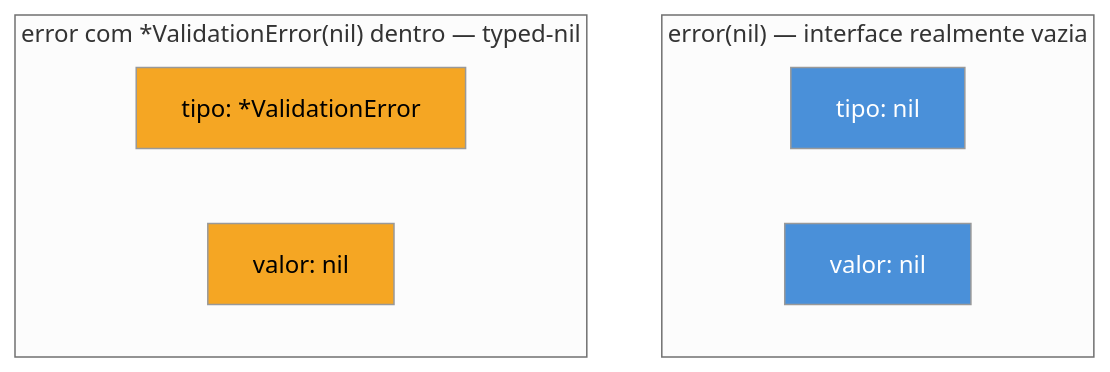
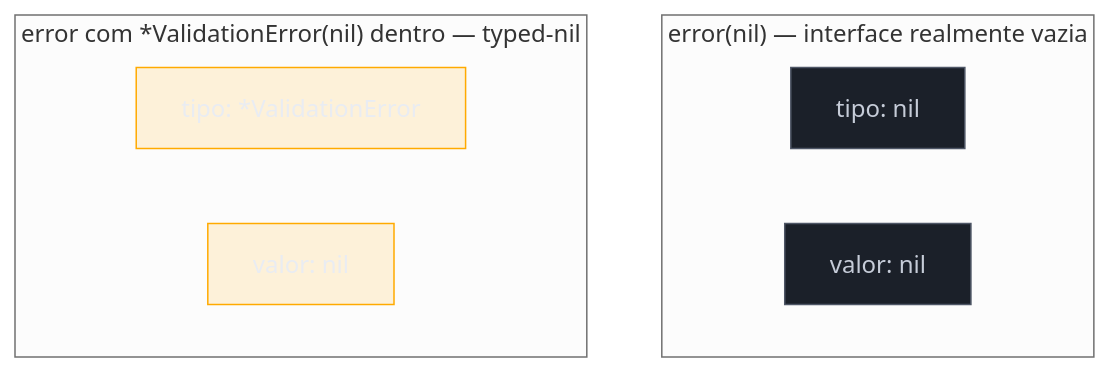
Before and after one commit to josenaldo/codex-technomanticus: the first of 2 diagrams in 03-Dominios/Tecnologia/Go/03 - Interfaces e composição/07 - O nil interface e o typed-nil.md, drawn with Mermaid (neutral theme). The commit also changed 1181 other files, not shown here.

First line of the commit message:
fix(diagramas): paleta do sistema no lugar de cor cravada no markdown

````diff
--- a/03-Dominios/Tecnologia/Go/03 - Interfaces e composição/07 - O nil interface e o typed-nil.md
+++ b/03-Dominios/Tecnologia/Go/03 - Interfaces e composição/07 - O nil interface e o typed-nil.md
@@ -71,19 +71,21 @@
 ```mermaid
 flowchart TB
+    classDef neutro fill:#1B2029,stroke:#4E5666,color:#C6CCD8
+    classDef destaque fill:#FFAA0024,stroke:#FFAA00,color:#E9ECF2
     subgraph NilLiteral["error(nil) — interface realmente vazia"]
         direction LR
         T1["tipo: nil"]
         V1["valor: nil"]
     end
 
     subgraph TypedNil["error com *ValidationError(nil) dentro — typed-nil"]
         direction LR
         T2["tipo: *ValidationError"]
         V2["valor: nil"]
     end
 
-    style T1 fill:#4A90D9,color:#fff
-    style V1 fill:#4A90D9,color:#fff
-    style T2 fill:#F5A623,color:#000
-    style V2 fill:#F5A623,color:#000
+    class T1 neutro
+    class V1 neutro
+    class T2 destaque
+    class V2 destaque
 ```
````
